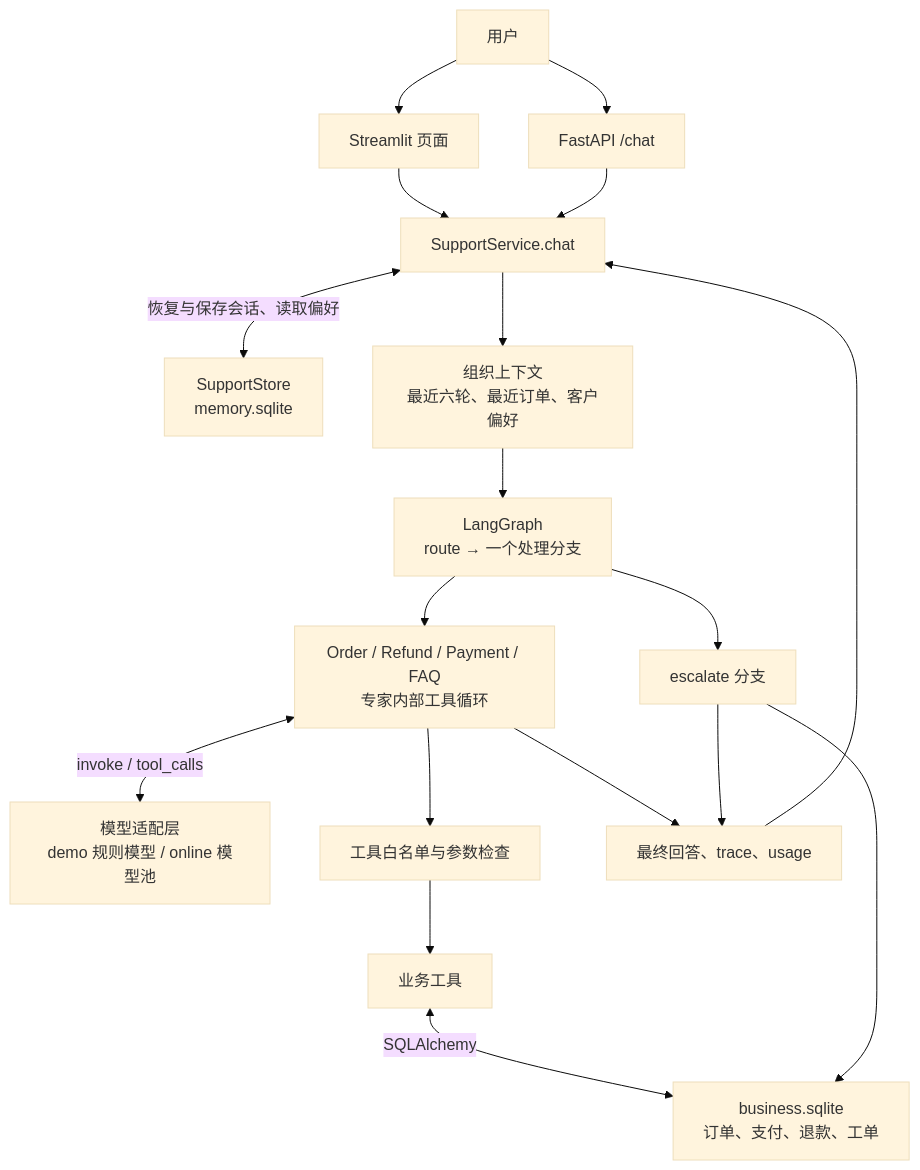
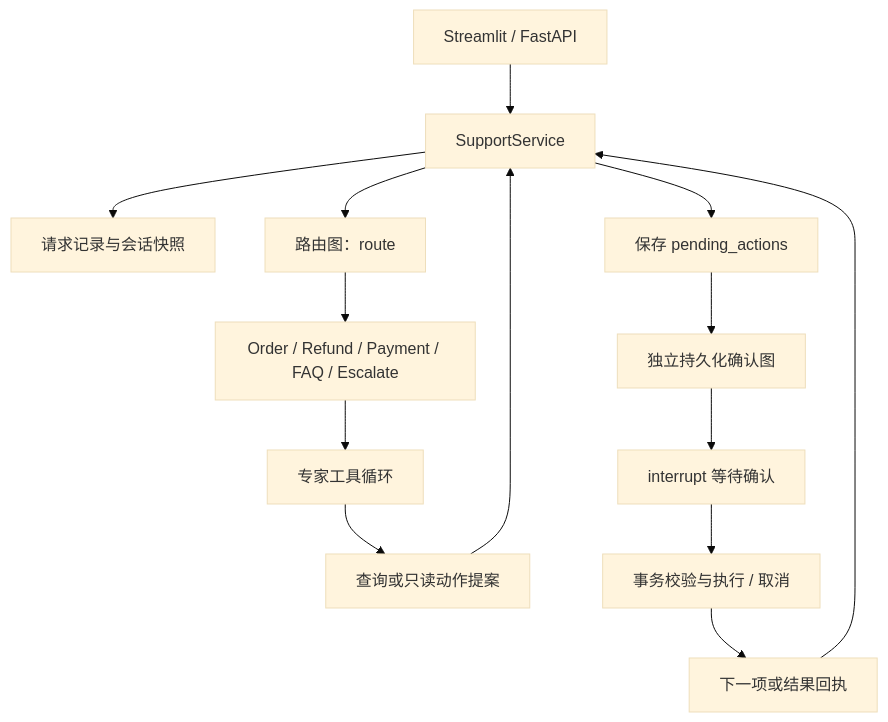
Before and after one commit to SumanaWu/ecommerce-support-agent: the diagram in ARCHITECTURE.md, drawn with Mermaid (base theme). The commit also changed other lines of this file and 36 other files, not shown here.

````diff
--- a/ARCHITECTURE.md
+++ b/ARCHITECTURE.md
@@ -11,25 +5,16 @@
 ```mermaid
 flowchart TD
-    U["用户"] --> UI["Streamlit 页面"]
-    U --> API["FastAPI /chat"]
-
-    UI --> S["SupportService.chat"]
-    API --> S
-
-    S <-->|恢复与保存会话、读取偏好| M["SupportStore<br/>memory.sqlite"]
-    S --> C["组织上下文<br/>最近六轮、最近订单、客户偏好"]
-    C --> G["LangGraph<br/>route → 一个处理分支"]
-
-    G --> A["Order / Refund / Payment / FAQ<br/>专家内部工具循环"]
-    G --> E["escalate 分支"]
-
-    A <-->|invoke / tool_calls| L["模型适配层<br/>demo 规则模型 / online 模型池"]
-    A --> T["工具白名单与参数检查"]
-    T --> B["业务工具"]
-    B <-->|SQLAlchemy| DB["business.sqlite<br/>订单、支付、退款、工单"]
-    E --> DB
-
-    A --> R["最终回答、trace、usage"]
-    E --> R
-    R --> S
+    UI[Streamlit / FastAPI] --> S[SupportService]
+    S --> L[请求记录与会话快照]
+    S --> R[路由图：route]
+    R --> A[Order / Refund / Payment / FAQ / Escalate]
+    A --> T[专家工具循环]
+    T --> D[查询或只读动作提案]
+    D --> S
+    S --> P[保存 pending_actions]
+    P --> C[独立持久化确认图]
+    C --> W[interrupt 等待确认]
+    W --> E[事务校验与执行 / 取消]
+    E --> N[下一项或结果回执]
+    N --> S
 ```
````
